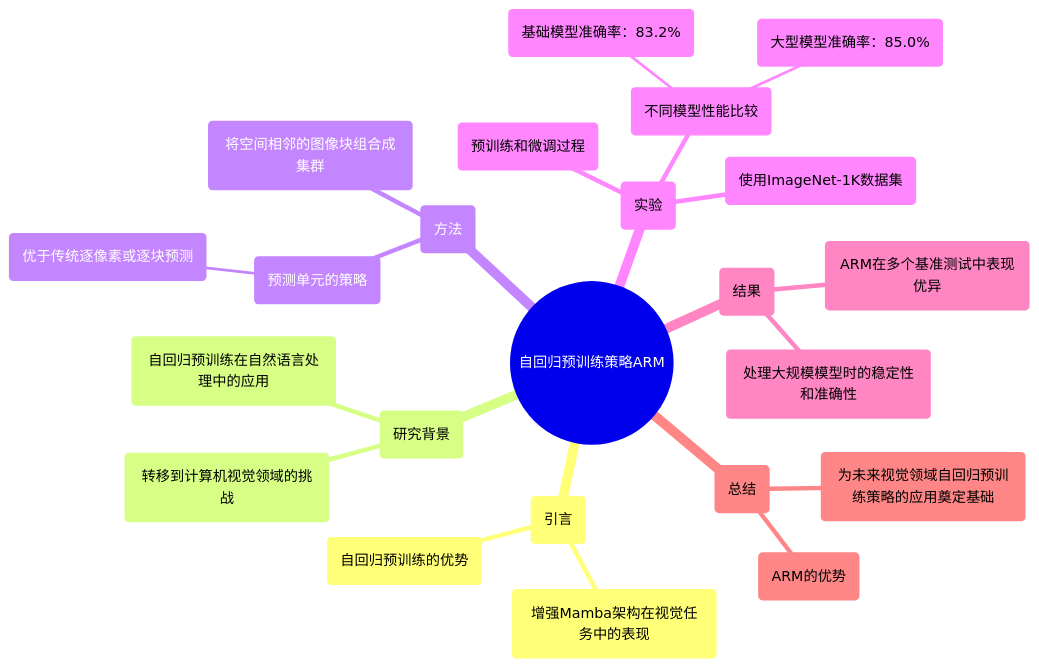
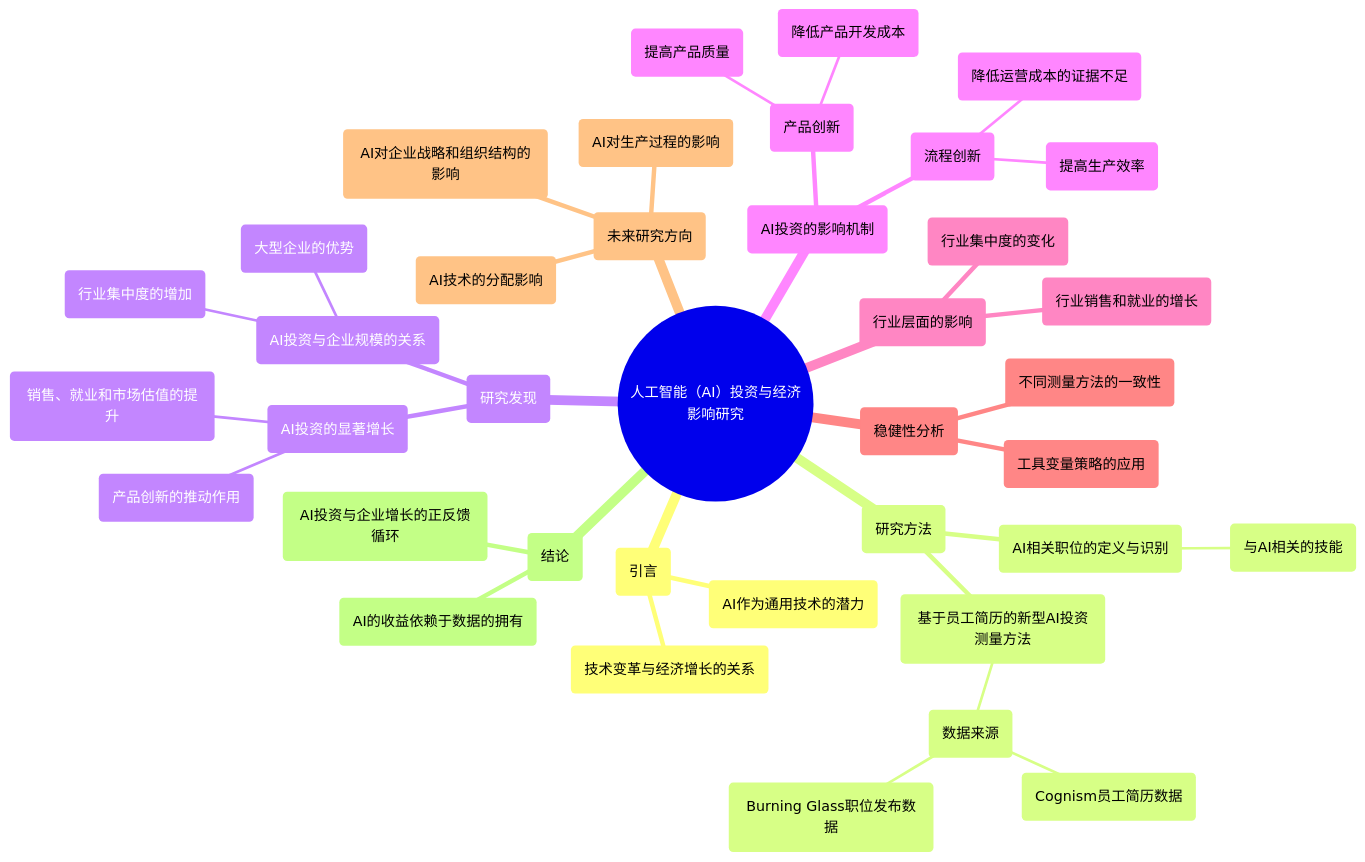
The fifth of 44 diagrams in AI技术类文章.md (Fabreque/charles), drawn with Mermaid before and after one commit. The commit also changed other lines of this file and 6 other files, not shown here.

````diff
--- a/AI技术类文章.md
+++ b/AI技术类文章.md
@@ -282,26 +528,41 @@
 ```mermaid
 mindmap
-  root((自回归预训练策略ARM))
+  root((人工智能（AI）投资与经济影响研究))
     ("引言")
-      ("增强Mamba架构在视觉任务中的表现")
-      ("自回归预训练的优势")
-    ("研究背景")
-      ("自回归预训练在自然语言处理中的应用")
-      ("转移到计算机视觉领域的挑战")
-    ("方法")
-      ("将空间相邻的图像块组合成集群")
-      ("预测单元的策略")
-        ("优于传统逐像素或逐块预测")
-    ("实验")
-      ("预训练和微调过程")
-      ("使用ImageNet-1K数据集")
-      ("不同模型性能比较")
-        ("基础模型准确率：83.2%")
-        ("大型模型准确率：85.0%")
-    ("结果")
-      ("ARM在多个基准测试中表现优异")
-      ("处理大规模模型时的稳定性和准确性")
-    ("总结")
-      ("ARM的优势")
-      ("为未来视觉领域自回归预训练策略的应用奠定基础")
+      ("技术变革与经济增长的关系")
+      ("AI作为通用技术的潜力")
+    ("研究方法")
+      ("基于员工简历的新型AI投资测量方法")
+        ("数据来源")
+          ("Cognism员工简历数据")
+          ("Burning Glass职位发布数据")
+      ("AI相关职位的定义与识别")
+        ("与AI相关的技能")
+    ("研究发现")
+      ("AI投资的显著增长")
+        ("销售、就业和市场估值的提升")
+        ("产品创新的推动作用")
+      ("AI投资与企业规模的关系")
+        ("大型企业的优势")
+        ("行业集中度的增加")
+    ("AI投资的影响机制")
+      ("产品创新")
+        ("降低产品开发成本")
+        ("提高产品质量")
+      ("流程创新")
+        ("提高生产效率")
+        ("降低运营成本的证据不足")
+    ("行业层面的影响")
+      ("行业销售和就业的增长")
+      ("行业集中度的变化")
+    ("稳健性分析")
+      ("不同测量方法的一致性")
+      ("工具变量策略的应用")
+    ("未来研究方向")
+      ("AI对生产过程的影响")
+      ("AI对企业战略和组织结构的影响")
+      ("AI技术的分配影响")
+    ("结论")
+      ("AI投资与企业增长的正反馈循环")
+      ("AI的收益依赖于数据的拥有")
 ```
````
